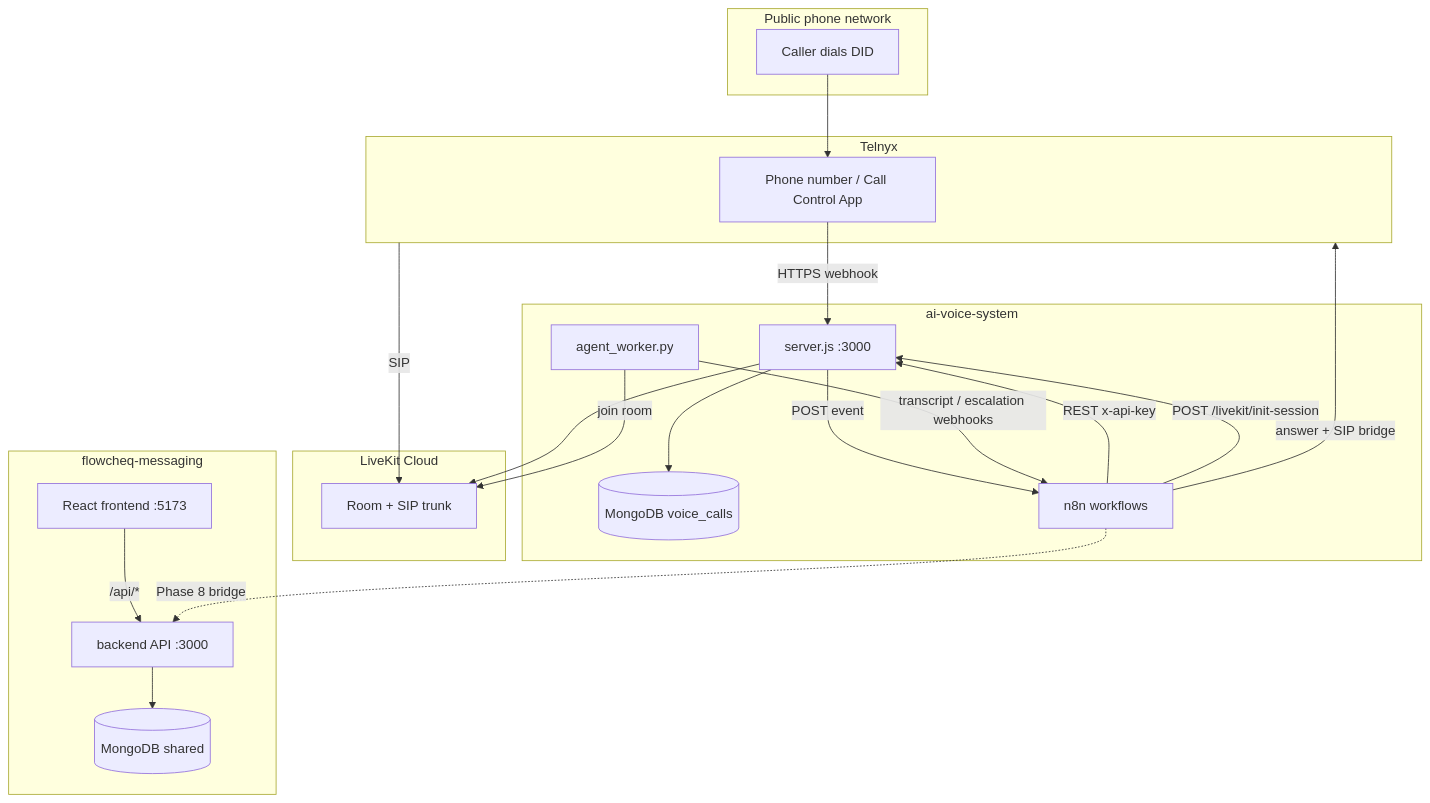
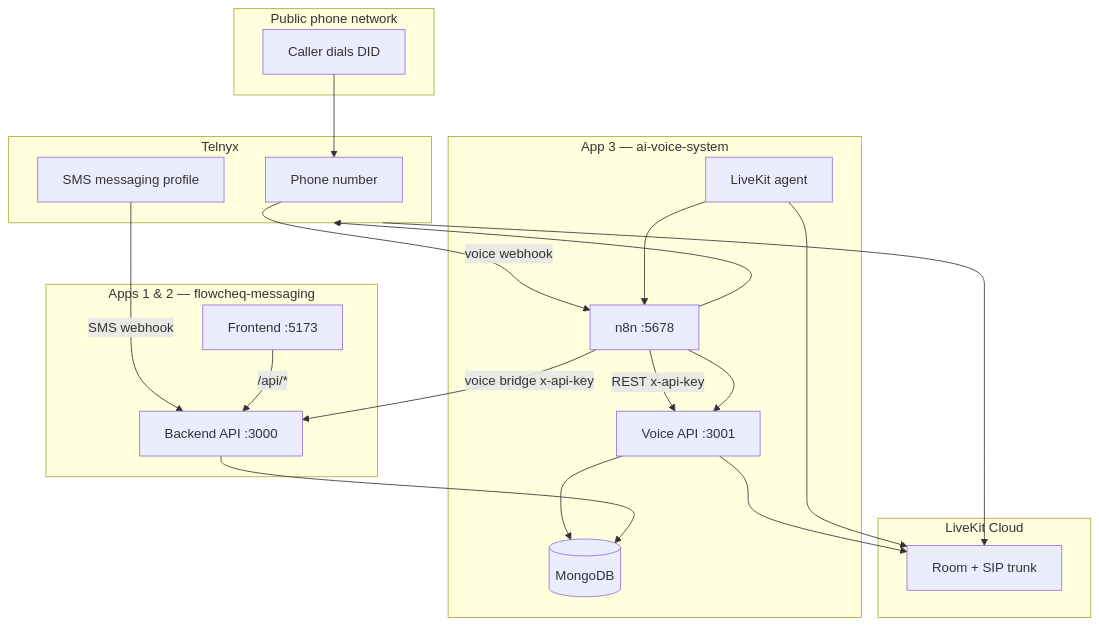
The first of 3 diagrams in docs/HANDBOOK.md (JamesLuiz/ai-voice-system), drawn with Mermaid before and after one commit. The commit also changed other lines of this file and 11 other files, not shown here.

````diff
--- a/docs/HANDBOOK.md
+++ b/docs/HANDBOOK.md
@@ -46,43 +55,42 @@
 ```mermaid
 flowchart TB
   subgraph PSTN["Public phone network"]
     Caller[Caller dials DID]
   end
 
   subgraph Telnyx["Telnyx"]
-    DID[Phone number / Call Control App]
+    DID[Phone number]
+    SMS[SMS messaging profile]
   end
 
-  subgraph VoiceStack["ai-voice-system"]
-    API["server.js :3000"]
-    Agent["agent_worker.py"]
-    MongoV[(MongoDB voice_calls)]
-    N8N[n8n workflows]
+  subgraph VoiceStack["App 3 — ai-voice-system"]
+    API["Voice API :3001"]
+    Agent["LiveKit agent"]
+    N8N[n8n :5678]
+    Mongo[(MongoDB)]
   end
 
   subgraph LiveKitCloud["LiveKit Cloud"]
     Room[Room + SIP trunk]
   end
 
-  subgraph MessagingApp["flowcheq-messaging"]
-    FE[React frontend :5173]
-    MSGAPI["backend API :3000"]
-    MongoM[(MongoDB shared)]
+  subgraph Flowcheq["Apps 1 & 2 — flowcheq-messaging"]
+    FE["Frontend :5173"]
+    BE["Backend API :3000"]
   end
 
   Caller --> DID
-  DID -->|HTTPS webhook| API
-  API -->|POST event| N8N
+  DID -->|voice webhook| N8N
+  SMS -->|SMS webhook| BE
   N8N -->|REST x-api-key| API
-  API --> MongoV
-  N8N -->|answer + SIP bridge| Telnyx
-  N8N -->|POST /livekit/init-session| API
+  N8N -->|voice bridge x-api-key| BE
+  API --> Mongo
+  BE --> Mongo
+  N8N --> Telnyx
+  N8N --> API
   API --> Room
-  Telnyx -->|SIP| Room
-  Agent -->|join room| Room
-  Agent -->|transcript / escalation webhooks| N8N
-
-  FE -->|/api/*| MSGAPI
-  MSGAPI --> MongoM
-  N8N -.->|Phase 8 bridge| MSGAPI
+  Telnyx --> Room
+  Agent --> Room
+  Agent --> N8N
+  FE -->|"/api/*"| BE
 ```
````
